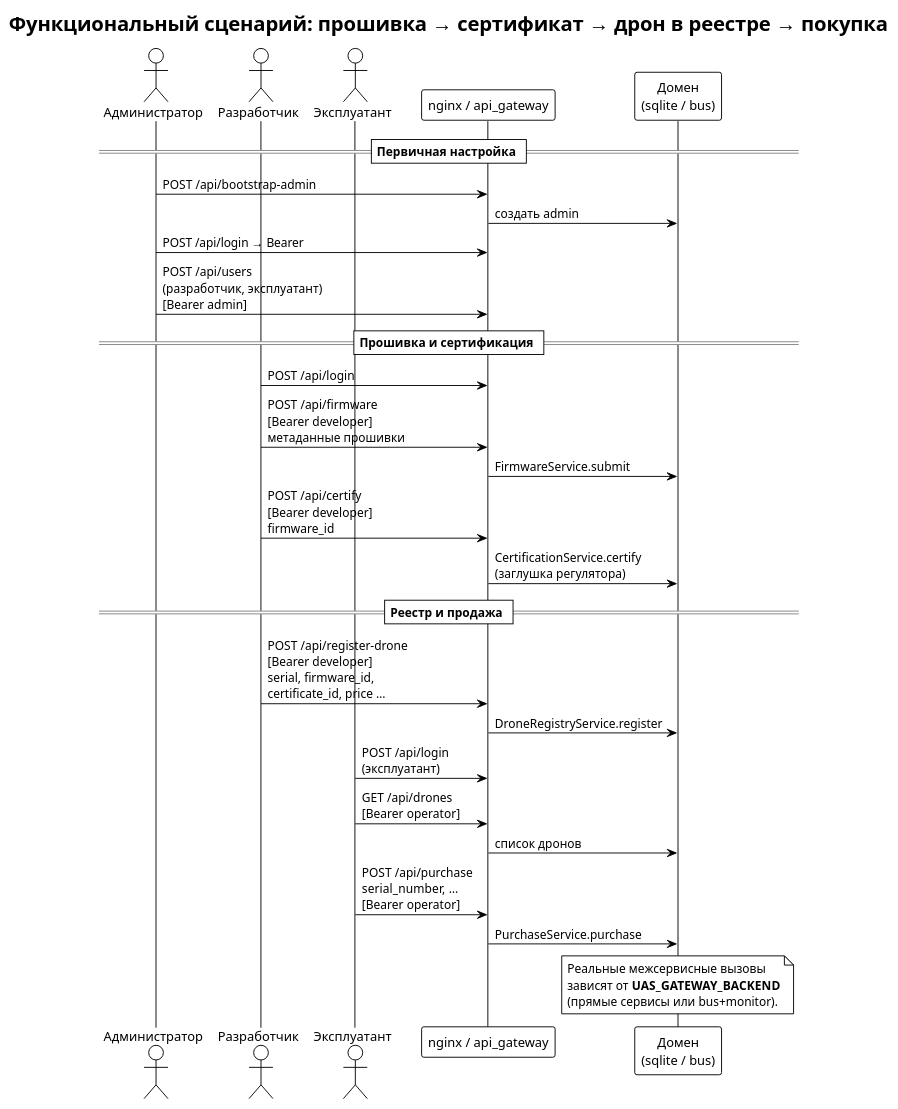
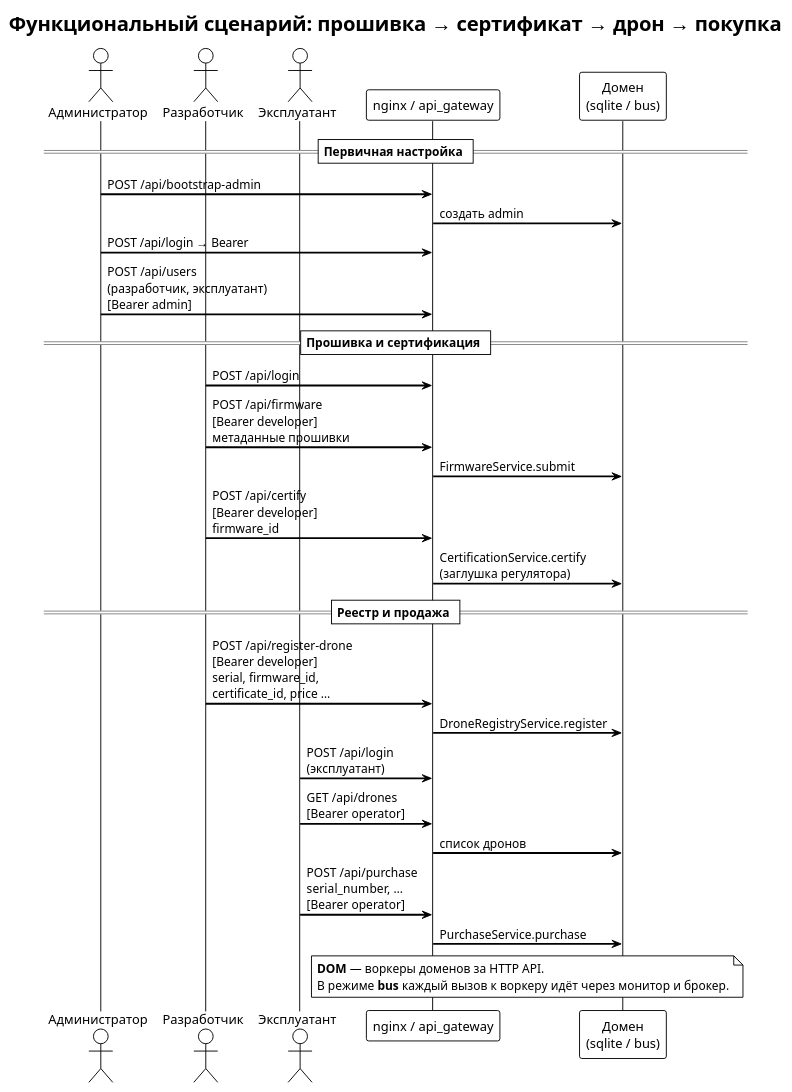
Before and after one commit to sergeysobolev-spbu/sbd-drones-economics: the diagram in systems/uas_dev_company/docs/diagrams/sequence_scenario_certify_and_purchase.puml, drawn with PlantUML. The commit also changed 108 other files, not shown here.

```diff
--- a/systems/uas_dev_company/docs/diagrams/sequence_scenario_certify_and_purchase.puml
+++ b/systems/uas_dev_company/docs/diagrams/sequence_scenario_certify_and_purchase.puml
@@ -1,40 +1,41 @@
 @startuml sequence_scenario_certify_and_purchase
 !theme plain
-title Функциональный сценарий: прошивка → сертификат → дрон в реестре → покупка
+title Функциональный сценарий: прошивка → сертификат → дрон → покупка
+
+skinparam ArrowThickness 2
 
 actor "Администратор" as A
 actor "Разработчик" as D
 actor "Эксплуатант" as O
 participant "nginx / api_gateway" as API
 participant "Домен\n(sqlite / bus)" as DOM
 
 == Первичная настройка ==
 A -> API : POST /api/bootstrap-admin
 API -> DOM : создать admin
 A -> API : POST /api/login → Bearer
 A -> API : POST /api/users\n(разработчик, эксплуатант)\n[Bearer admin]
 
 == Прошивка и сертификация ==
 D -> API : POST /api/login
 D -> API : POST /api/firmware\n[Bearer developer]\nметаданные прошивки
 API -> DOM : FirmwareService.submit
 D -> API : POST /api/certify\n[Bearer developer]\nfirmware_id
 API -> DOM : CertificationService.certify\n(заглушка регулятора)
 
 == Реестр и продажа ==
 D -> API : POST /api/register-drone\n[Bearer developer]\nserial, firmware_id,\ncertificate_id, price …
 API -> DOM : DroneRegistryService.register
 
 O -> API : POST /api/login\n(эксплуатант)
 O -> API : GET /api/drones\n[Bearer operator]
 API -> DOM : список дронов
 O -> API : POST /api/purchase\nserial_number, …\n[Bearer operator]
 API -> DOM : PurchaseService.purchase
 
-note over DOM
-  Реальные межсервисные вызовы
-  зависят от **UAS_GATEWAY_BACKEND**
-  (прямые сервисы или bus+monitor).
+note over API, DOM
+  **DOM** — воркеры доменов за HTTP API.
+  В режиме **bus** каждый вызов к воркеру идёт через монитор и брокер.
 end note
 
 @enduml
```
